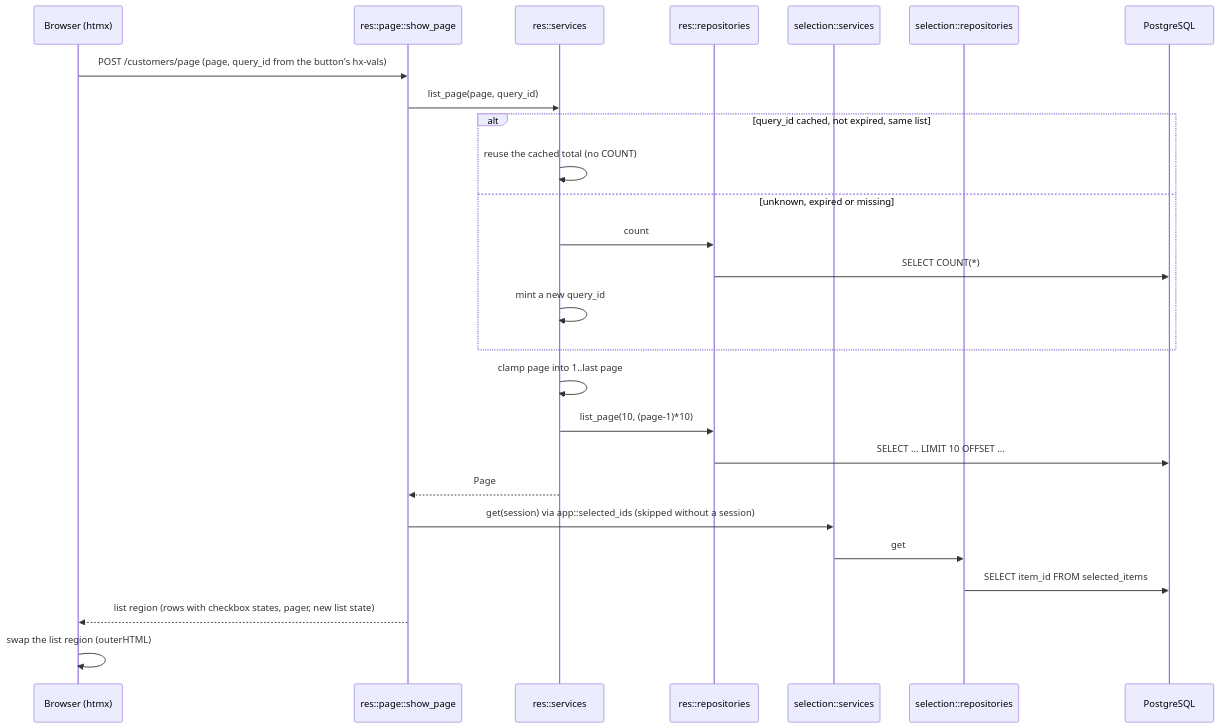
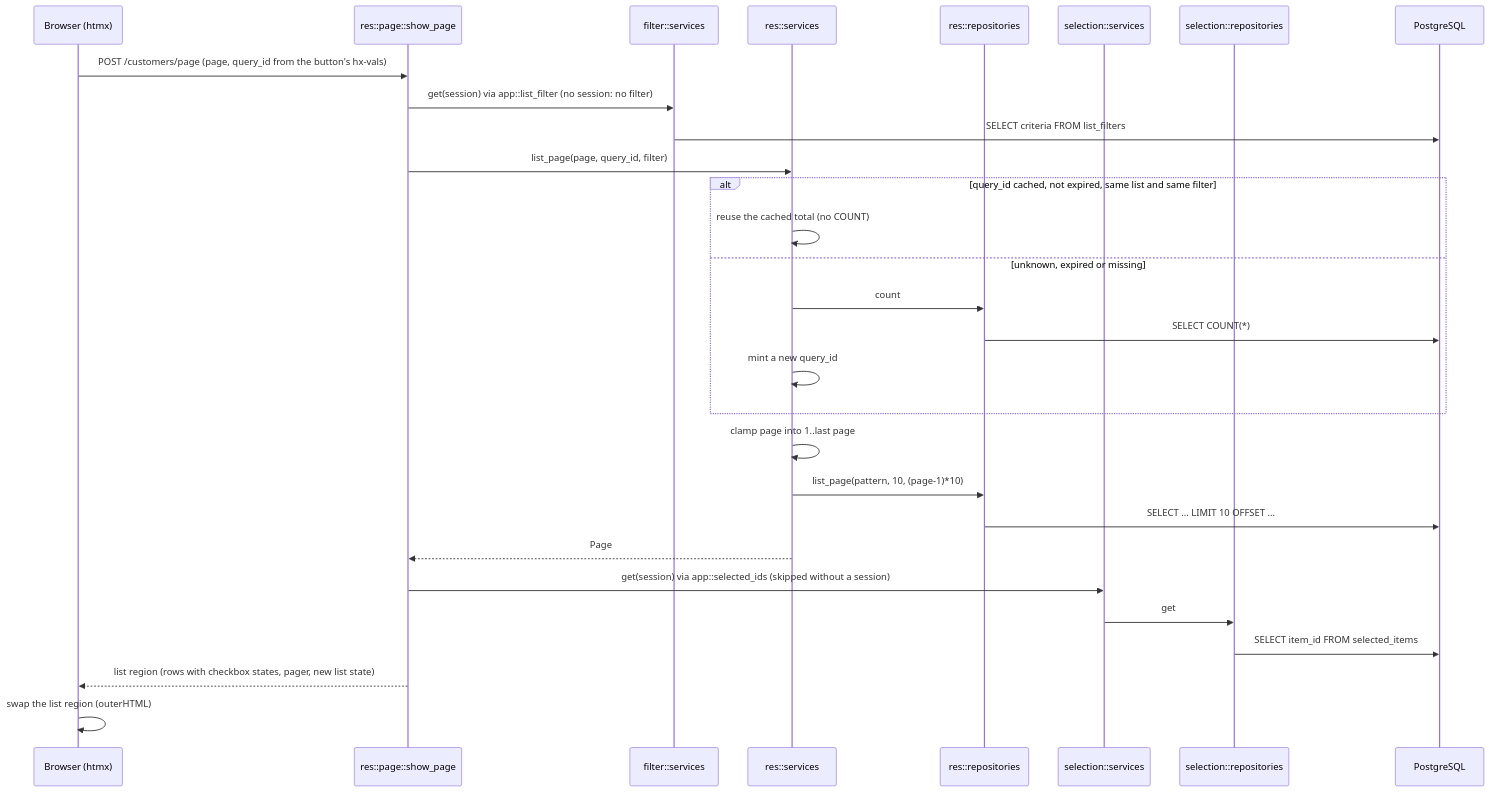
Before and after one commit to bunyawats/customer_crud_topcoat: the diagram in docs/interaction-diagrams/03-post-page.md, drawn with Mermaid. The commit also changed other lines of this file and 67 other files, not shown here.

First line of the commit message:
Add list search with criteria kept in a server-side filter object

````diff
--- a/docs/interaction-diagrams/03-post-page.md
+++ b/docs/interaction-diagrams/03-post-page.md
@@ -3,28 +3,31 @@
 ```mermaid
 sequenceDiagram
     participant B as Browser (htmx)
     participant H as res::page::show_page
+    participant FS as filter::services
     participant S as res::services
     participant R as res::repositories
     participant SelS as selection::services
     participant SelR as selection::repositories
     participant DB as PostgreSQL
     B->>H: POST /customers/page (page, query_id from the button's hx-vals)
-    H->>S: list_page(page, query_id)
-    alt query_id cached, not expired, same list
+    H->>FS: get(session) via app::list_filter (no session: no filter)
+    FS->>DB: SELECT criteria FROM list_filters
+    H->>S: list_page(page, query_id, filter)
+    alt query_id cached, not expired, same list and same filter
         S->>S: reuse the cached total (no COUNT)
     else unknown, expired or missing
         S->>R: count
         R->>DB: SELECT COUNT(*)
         S->>S: mint a new query_id
     end
     S->>S: clamp page into 1..last page
-    S->>R: list_page(10, (page-1)*10)
+    S->>R: list_page(pattern, 10, (page-1)*10)
     R->>DB: SELECT ... LIMIT 10 OFFSET ...
     S-->>H: Page
     H->>SelS: get(session) via app::selected_ids (skipped without a session)
     SelS->>SelR: get
     SelR->>DB: SELECT item_id FROM selected_items
     H-->>B: list region (rows with checkbox states, pager, new list state)
     B->>B: swap the list region (outerHTML)
 ```
````
